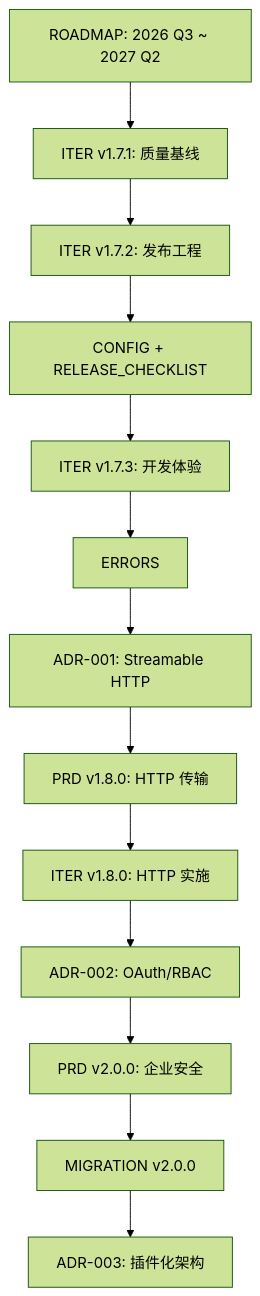
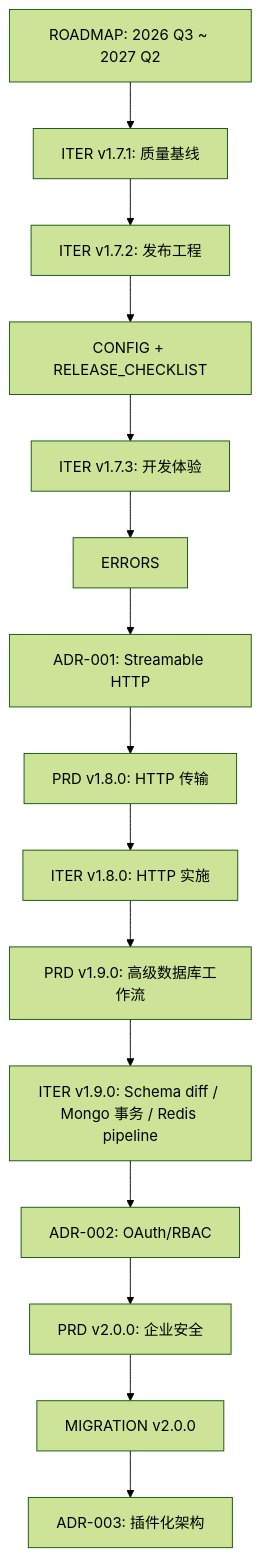
Before and after one commit to yclenove/polyglot-db-mcp-server: the diagram in docs/INDEX.md, drawn with Mermaid (forest theme). The commit also changed other lines of this file and 24 other files, not shown here.

````diff
--- a/docs/INDEX.md
+++ b/docs/INDEX.md
@@ -154,15 +160,17 @@
 ```mermaid
 flowchart TD
   A[ROADMAP: 2026 Q3 ~ 2027 Q2] --> B[ITER v1.7.1: 质量基线]
   B --> C[ITER v1.7.2: 发布工程]
   C --> D[CONFIG + RELEASE_CHECKLIST]
   D --> E[ITER v1.7.3: 开发体验]
   E --> F[ERRORS]
   F --> G[ADR-001: Streamable HTTP]
   G --> H[PRD v1.8.0: HTTP 传输]
   H --> I[ITER v1.8.0: HTTP 实施]
-  I --> J[ADR-002: OAuth/RBAC]
-  J --> K[PRD v2.0.0: 企业安全]
-  K --> L[MIGRATION v2.0.0]
-  L --> M[ADR-003: 插件化架构]
+  I --> J[PRD v1.9.0: 高级数据库工作流]
+  J --> K[ITER v1.9.0: Schema diff / Mongo 事务 / Redis pipeline]
+  K --> L[ADR-002: OAuth/RBAC]
+  L --> M[PRD v2.0.0: 企业安全]
+  M --> N[MIGRATION v2.0.0]
+  N --> O[ADR-003: 插件化架构]
 ```
````
